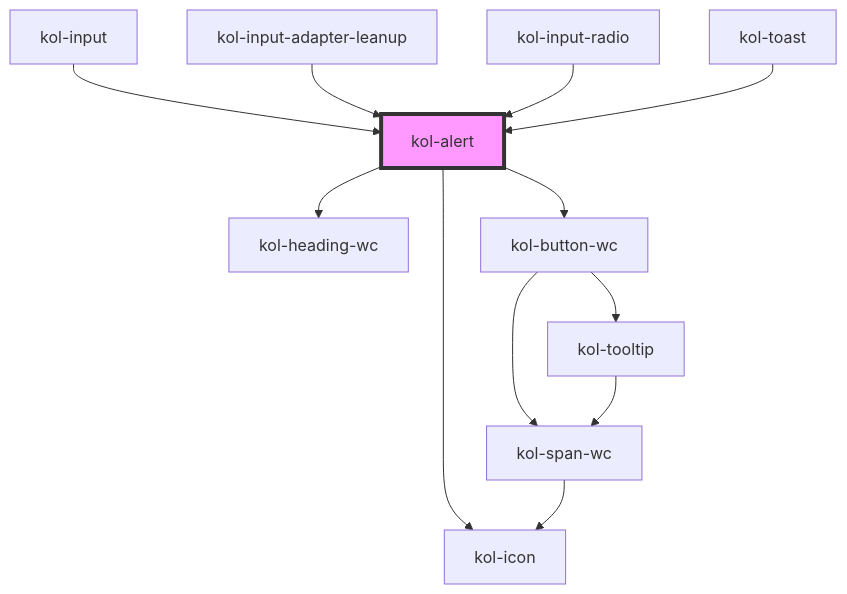
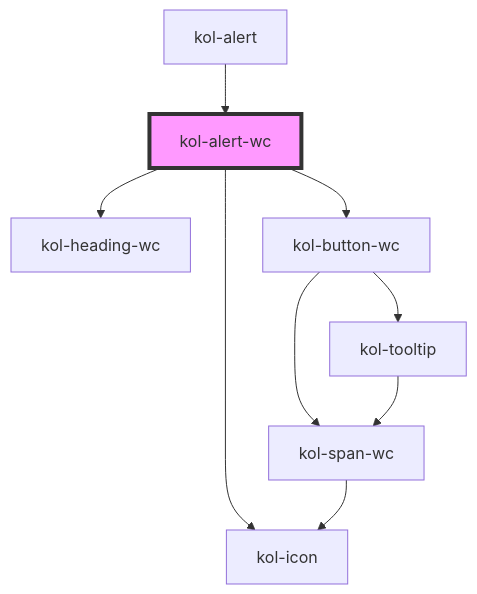
The diagram in packages/components/src/components/alert/readme.md (public-ui/kolibri), drawn with Mermaid before and after one commit. The commit also changed other lines of this file and 35 other files, not shown here.

````diff
--- a/packages/components/src/components/alert/readme.md
+++ b/packages/components/src/components/alert/readme.md
@@ -109,15 +106,12 @@
 ```mermaid
 graph TD;
-  kol-alert --> kol-heading-wc
-  kol-alert --> kol-button-wc
-  kol-alert --> kol-icon
+  kol-alert-wc --> kol-heading-wc
+  kol-alert-wc --> kol-button-wc
+  kol-alert-wc --> kol-icon
   kol-button-wc --> kol-span-wc
   kol-button-wc --> kol-tooltip
   kol-span-wc --> kol-icon
   kol-tooltip --> kol-span-wc
-  kol-input --> kol-alert
-  kol-input-adapter-leanup --> kol-alert
-  kol-input-radio --> kol-alert
-  kol-toast --> kol-alert
-  style kol-alert fill:#f9f,stroke:#333,stroke-width:4px
+  kol-alert --> kol-alert-wc
+  style kol-alert-wc fill:#f9f,stroke:#333,stroke-width:4px
 ```
````
